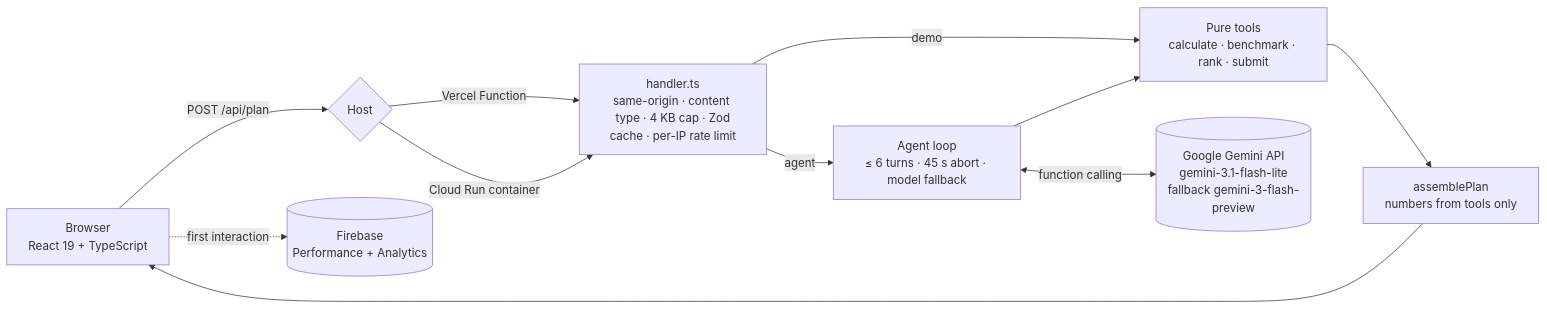
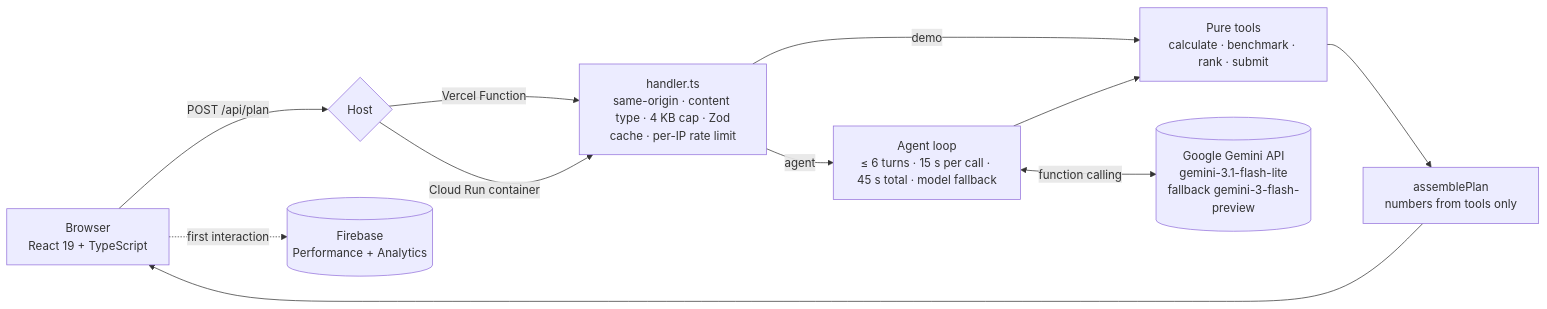
One commit to chinmaymeshram1-wq/promptwar changed the diagram in README.md. Above: the diagram before and after it, drawn with Mermaid. The commit also changed other lines of this file and 2 other files, not shown here.

Commit message:
docs: per-call timeout and updated test count

````diff
--- a/README.md
+++ b/README.md
@@ -61,13 +61,13 @@
 ```mermaid
 flowchart LR
     U[Browser<br/>React 19 + TypeScript] -- POST /api/plan --> E{Host}
     E -->|Vercel Function| H
     E -->|Cloud Run container| H
     H[handler.ts<br/>same-origin · content type · 4 KB cap · Zod<br/>cache · per-IP rate limit] -- demo --> T
-    H -- agent --> A[Agent loop<br/>≤ 6 turns · 45 s abort · model fallback]
+    H -- agent --> A[Agent loop<br/>≤ 6 turns · 15 s per call · 45 s total · model fallback]
     A <-- function calling --> G[(Google Gemini API<br/>gemini-3.1-flash-lite<br/>fallback gemini-3-flash-preview)]
     A --> T[Pure tools<br/>calculate · benchmark · rank · submit]
     T --> P[assemblePlan<br/>numbers from tools only]
     P --> U
     U -. first interaction .-> F[(Firebase<br/>Performance + Analytics)]
 ```
````
